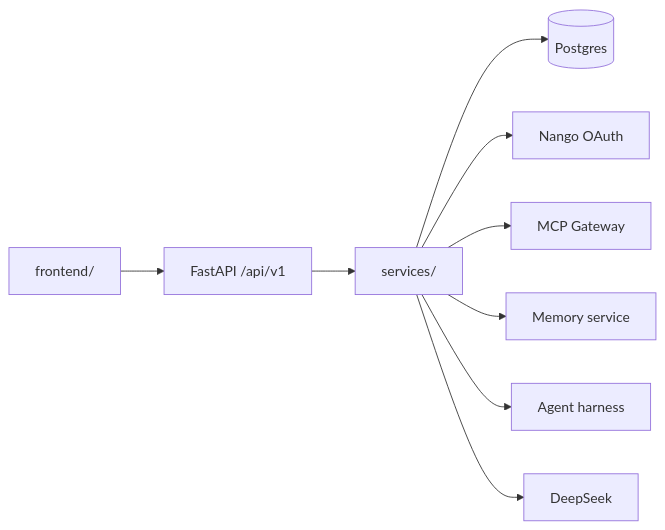
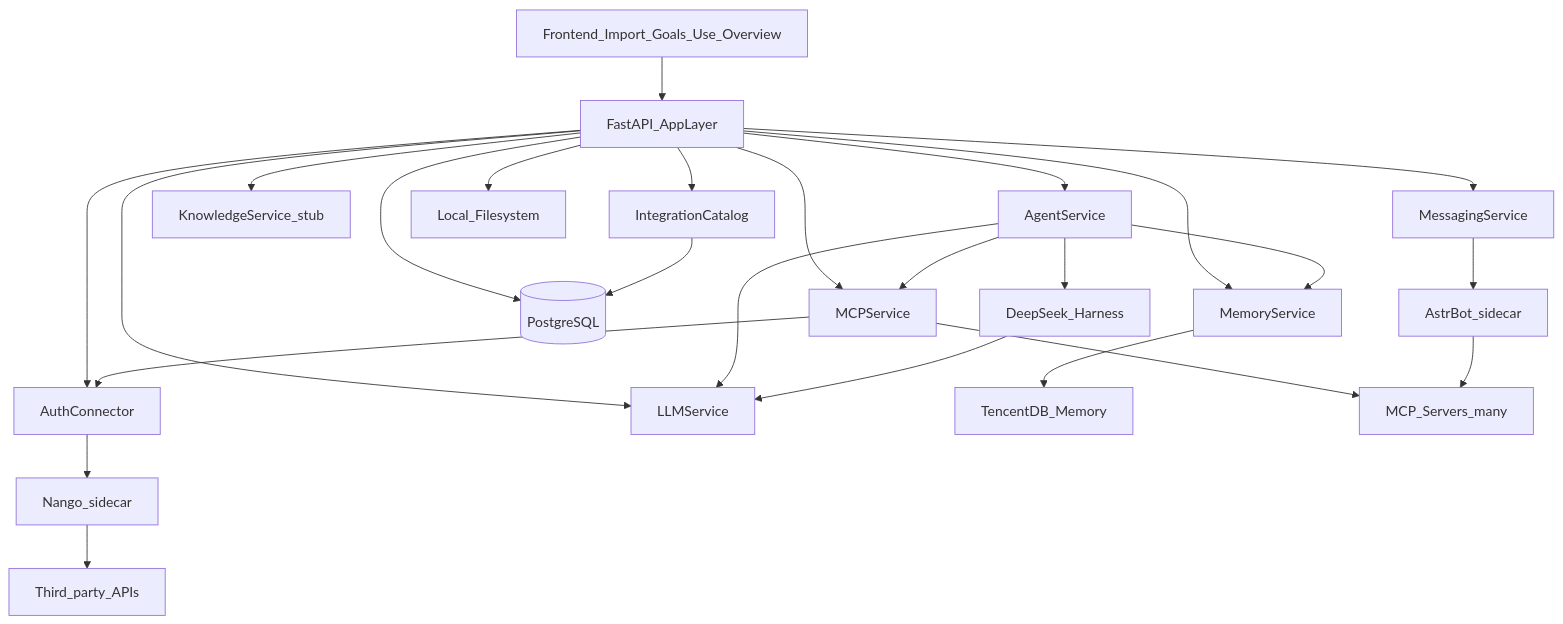
The diagram in docs/architecture.md (Nazmul-Arefin/AI-Datahub), drawn with Mermaid before and after one commit. The commit also changed other lines of this file and 133 other files, not shown here.

````diff
--- a/docs/architecture.md
+++ b/docs/architecture.md
@@ -16,11 +31,46 @@
 ```mermaid
-flowchart LR
-  UI[frontend/] --> API[FastAPI /api/v1]
-  API --> SVC[services/]
-  SVC --> DB[(Postgres)]
-  SVC --> Nango[Nango OAuth]
-  SVC --> MCP[MCP Gateway]
-  SVC --> MEM[Memory service]
-  SVC --> HAR[Agent harness]
-  SVC --> LLM[DeepSeek]
+flowchart TB
+  UI[Frontend_Import_Goals_Use_Overview]
+  API[FastAPI_AppLayer]
+  Agent[AgentService]
+  Msg[MessagingService]
+  Mem[MemoryService]
+  MCP[MCPService]
+  AuthC[AuthConnector]
+  LLM[LLMService]
+  Know[KnowledgeService_stub]
+  Cat[IntegrationCatalog]
+  PG[(PostgreSQL)]
+  FS[Local_Filesystem]
+  TD[TencentDB_Memory]
+  DSH[DeepSeek_Harness]
+  AB[AstrBot_sidecar]
+  NG[Nango_sidecar]
+  ExtMCP[MCP_Servers_many]
+  ExtAPI[Third_party_APIs]
+
+  UI --> API
+  API --> Agent
+  API --> Msg
+  API --> Mem
+  API --> MCP
+  API --> AuthC
+  API --> LLM
+  API --> Know
+  API --> Cat
+  API --> PG
+  API --> FS
+  Mem --> TD
+  Agent --> DSH
+  Agent --> Mem
+  Agent --> MCP
+  Agent --> LLM
+  Msg --> AB
+  AuthC --> NG
+  MCP --> ExtMCP
+  MCP --> AuthC
+  Cat --> PG
+  NG --> ExtAPI
+  AB --> ExtMCP
+  DSH --> LLM
 ```
````
